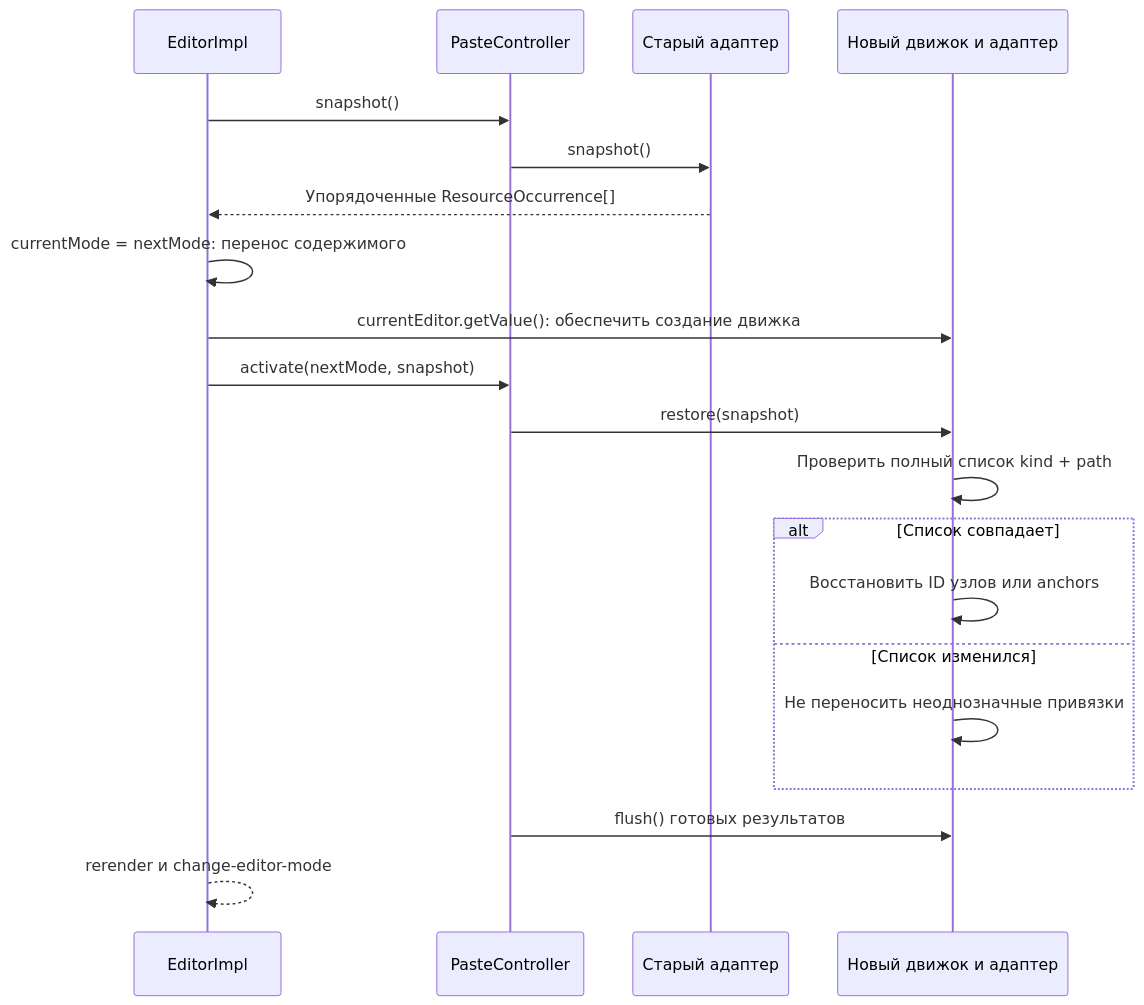
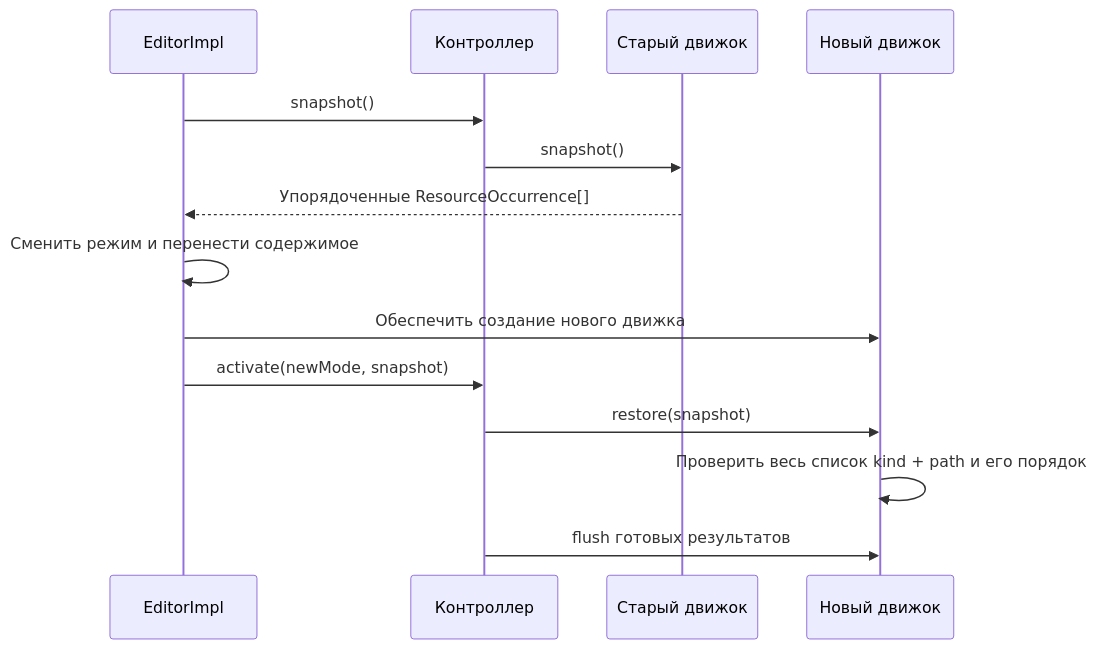
Before and after one commit to gravity-ui/markdown-editor: the fifth of 6 diagrams in docs/pasted-resources-architecture.md, drawn with Mermaid. The commit also changed other lines of this file and 63 other files, not shown here.

````diff
--- a/docs/pasted-resources-architecture.md
+++ b/docs/pasted-resources-architecture.md
@@ -615,22 +758,16 @@
 ```mermaid
 sequenceDiagram
     participant B as EditorImpl
-    participant C as PasteController
-    participant Old as Старый адаптер
-    participant New as Новый движок и адаптер
+    participant C as Контроллер
+    participant Old as Старый движок
+    participant New as Новый движок
     B->>C: snapshot()
     C->>Old: snapshot()
     Old-->>B: Упорядоченные ResourceOccurrence[]
-    B->>B: currentMode = nextMode: перенос содержимого
-    B->>New: currentEditor.getValue(): обеспечить создание движка
-    B->>C: activate(nextMode, snapshot)
+    B->>B: Сменить режим и перенести содержимое
+    B->>New: Обеспечить создание нового движка
+    B->>C: activate(newMode, snapshot)
     C->>New: restore(snapshot)
-    New->>New: Проверить полный список kind + path
-    alt Список совпадает
-        New->>New: Восстановить ID узлов или anchors
-    else Список изменился
-        New->>New: Не переносить неоднозначные привязки
-    end
-    C->>New: flush() готовых результатов
-    B-->>B: rerender и change-editor-mode
+    New->>New: Проверить весь список kind + path и его порядок
+    C->>New: flush готовых результатов
 ```
````
